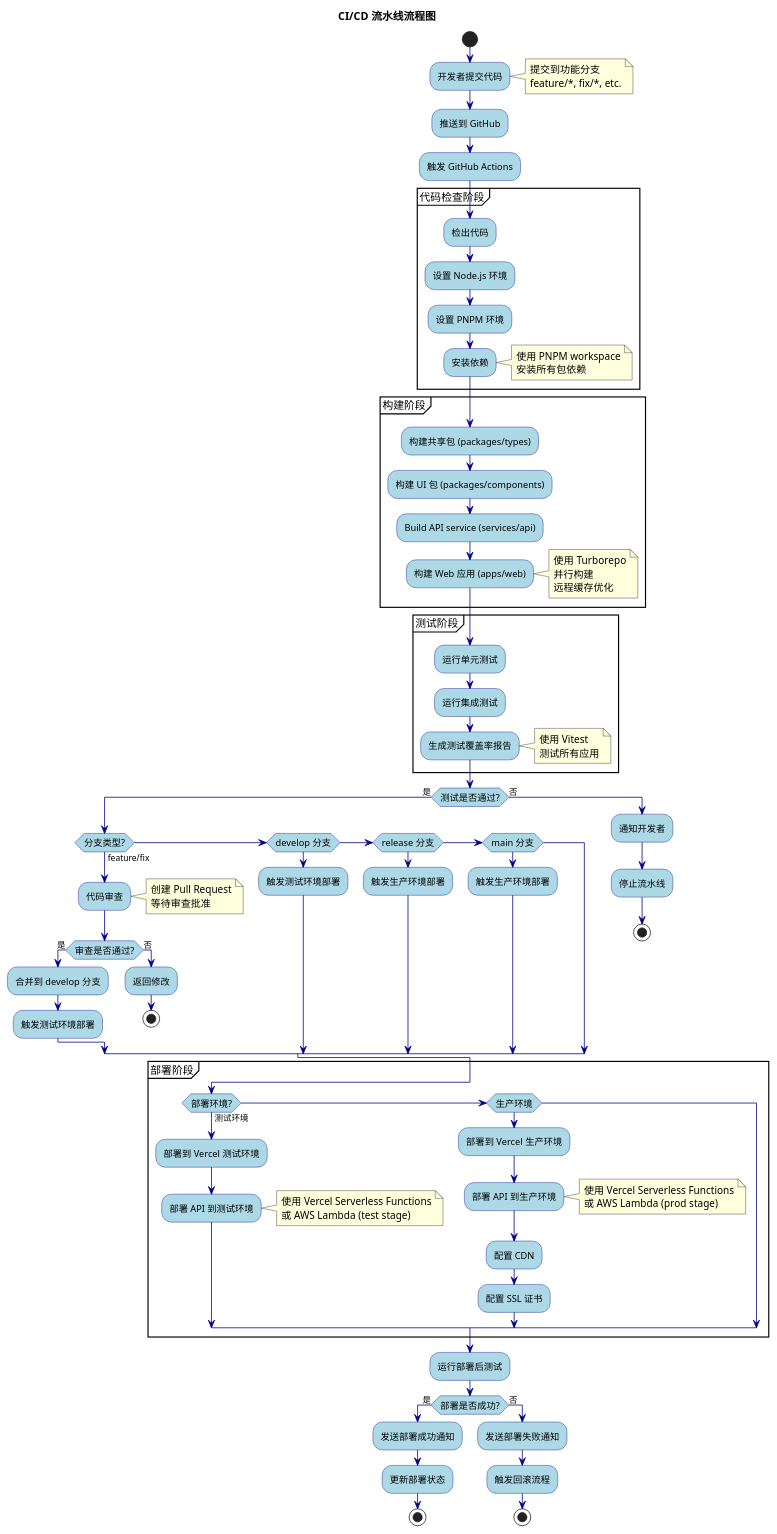
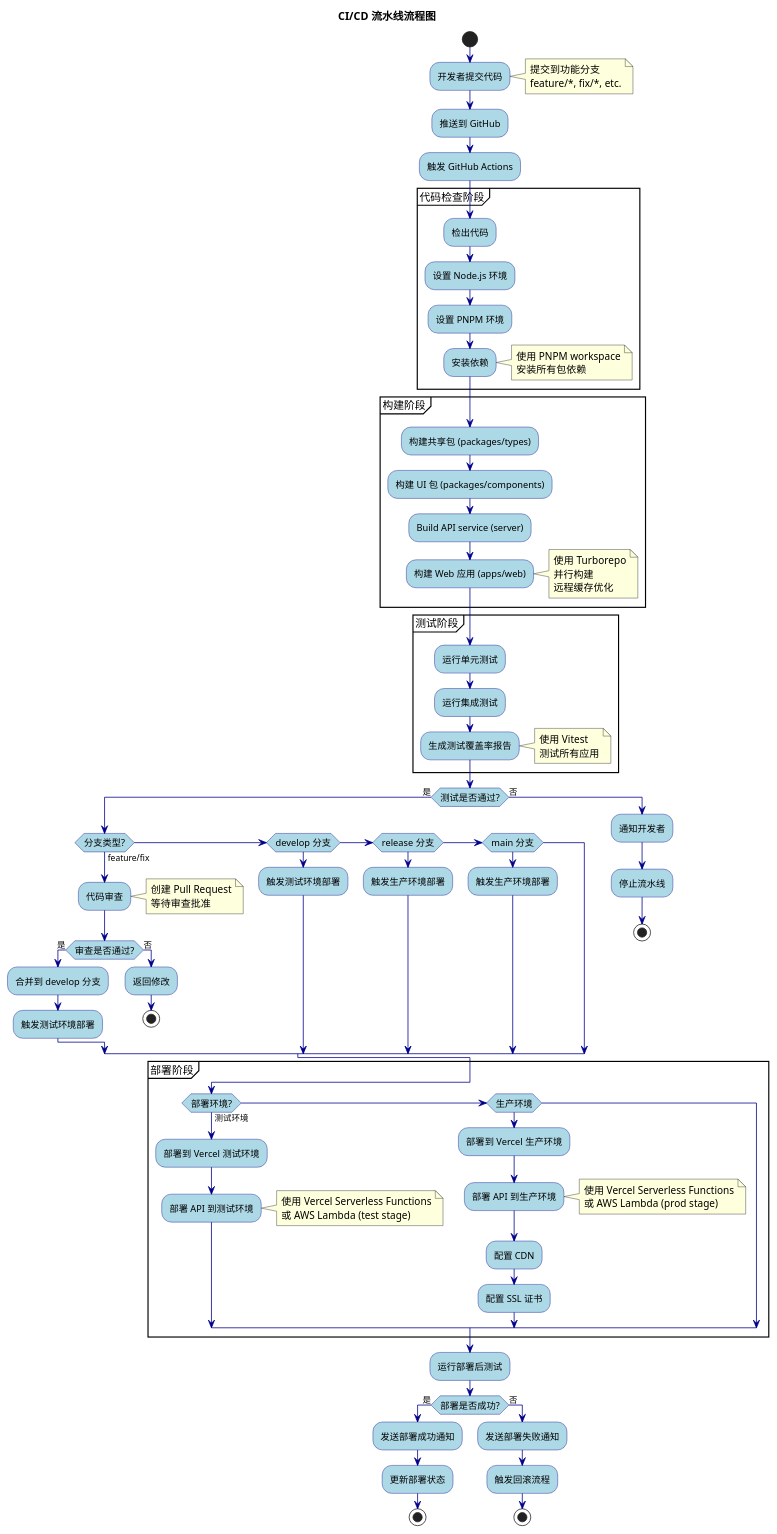
Before and after one commit to felixzhu97/explore-workspace: the diagram in commerce/docs/devops/cicd-pipeline.puml, drawn with PlantUML. The commit also changed 85 other files, not shown here.

```diff
--- a/commerce/docs/devops/cicd-pipeline.puml
+++ b/commerce/docs/devops/cicd-pipeline.puml
@@ -1,118 +1,118 @@
 @startuml
 title CI/CD 流水线流程图
 
 skinparam activity {
     BackgroundColor lightblue
     BorderColor darkblue
     FontSize 12
 }
 
 skinparam arrow {
     Color darkblue
 }
 
 start
 
 :开发者提交代码;
 note right
   提交到功能分支
   feature/*, fix/*, etc.
 end note
 
 :推送到 GitHub;
 
 :触发 GitHub Actions;
 
 partition "代码检查阶段" {
     :检出代码;
     :设置 Node.js 环境;
     :设置 PNPM 环境;
     :安装依赖;
     note right
       使用 PNPM workspace
       安装所有包依赖
     end note
 }
 
 partition "构建阶段" {
     :构建共享包 (packages/types);
     :构建 UI 包 (packages/components);
-    :Build API service (services/api);
+    :Build API service (server);
     :构建 Web 应用 (apps/web);
     note right
       使用 Turborepo
       并行构建
       远程缓存优化
     end note
 }
 
 partition "测试阶段" {
     :运行单元测试;
     :运行集成测试;
     :生成测试覆盖率报告;
     note right
       使用 Vitest
       测试所有应用
     end note
 }
 
 if (测试是否通过?) then (是)
     if (分支类型?) then (feature/fix)
         :代码审查;
         note right
           创建 Pull Request
           等待审查批准
         end note
         if (审查是否通过?) then (是)
             :合并到 develop 分支;
             :触发测试环境部署;
         else (否)
             :返回修改;
             stop
         endif
     elseif (develop 分支) then
         :触发测试环境部署;
     elseif (release 分支) then
         :触发生产环境部署;
     elseif (main 分支) then
         :触发生产环境部署;
     endif
 else (否)
     :通知开发者;
     :停止流水线;
     stop
 endif
 
 partition "部署阶段" {
     if (部署环境?) then (测试环境)
         :部署到 Vercel 测试环境;
         :部署 API 到测试环境;
         note right
           使用 Vercel Serverless Functions
           或 AWS Lambda (test stage)
         end note
     elseif (生产环境) then
         :部署到 Vercel 生产环境;
         :部署 API 到生产环境;
         note right
           使用 Vercel Serverless Functions
           或 AWS Lambda (prod stage)
         end note
         :配置 CDN;
         :配置 SSL 证书;
     endif
 }
 
 :运行部署后测试;
 
 if (部署是否成功?) then (是)
     :发送部署成功通知;
     :更新部署状态;
     stop
 else (否)
     :发送部署失败通知;
     :触发回滚流程;
     stop
 endif
 
 @enduml
```
